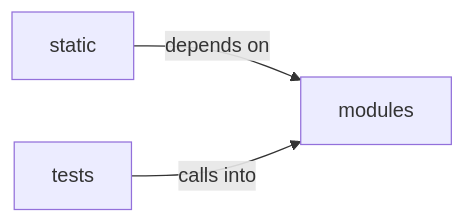
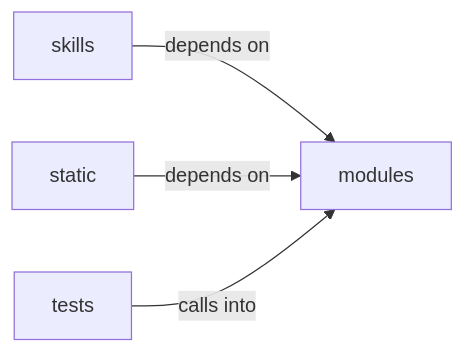
One commit to grisuno/LazyOwn changed the diagram in readmenator-diagrams/modules_selection.md. Above: the diagram before and after it, drawn with Mermaid. The commit also changed other lines of this file and 226 other files, not shown here.

````diff
--- a/readmenator-diagrams/modules_selection.md
+++ b/readmenator-diagrams/modules_selection.md
@@ -5,8 +5,10 @@
 ```mermaid
 graph LR
     modules["modules"]
+    skills["skills"]
     static["static"]
     tests["tests"]
+    skills -- "depends on" --> modules
     static -- "depends on" --> modules
     tests -- "calls into" --> modules
 ```
````
